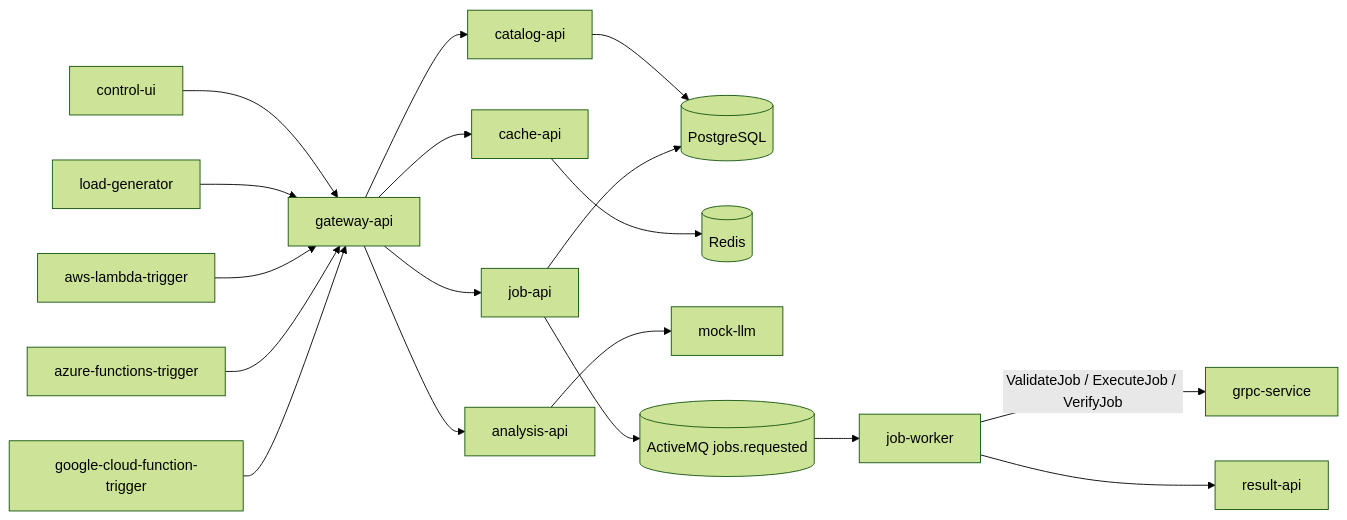
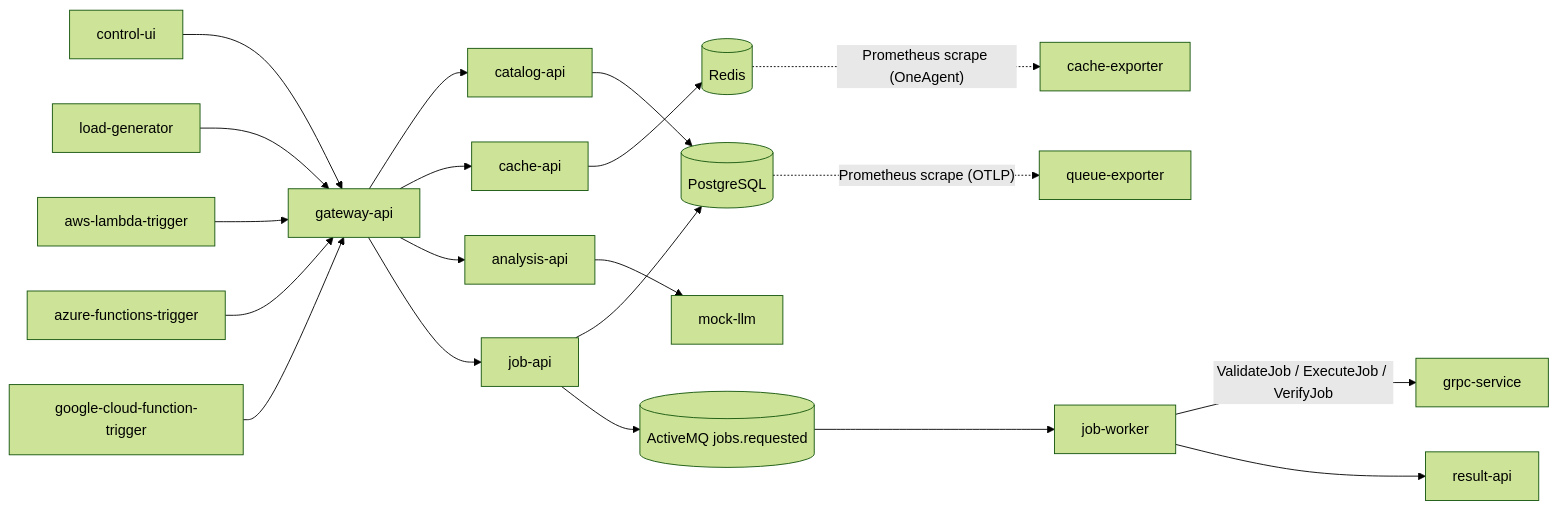
The diagram in README.md (tristanmarl/obs-demo), drawn with Mermaid (forest theme) before and after one commit. The commit also changed other lines of this file and 25 other files, not shown here.

````diff
--- a/README.md
+++ b/README.md
@@ -7,17 +7,19 @@
 ```mermaid
 flowchart LR
   control["control-ui"] --> gateway["gateway-api"]
   load["load-generator"] --> gateway
   aws["aws-lambda-trigger"] --> gateway
   azure["azure-functions-trigger"] --> gateway
   google["google-cloud-function-trigger"] --> gateway
   gateway --> catalog["catalog-api"] --> postgres[("PostgreSQL")]
   gateway --> cache["cache-api"] --> redis[("Redis")]
   gateway --> analysis["analysis-api"] --> llm["mock-llm"]
   gateway --> job["job-api"]
   job --> postgres
   job --> broker[("ActiveMQ jobs.requested")]
   broker --> worker["job-worker"]
   worker -->|"ValidateJob / ExecuteJob / VerifyJob"| grpc["grpc-service"]
   worker --> result["result-api"]
+  redis -.->|"Prometheus scrape (OneAgent)"| cexp["cache-exporter"]
+  postgres -.->|"Prometheus scrape (OTLP)"| qexp["queue-exporter"]
 ```
````
